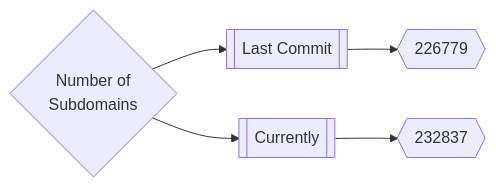
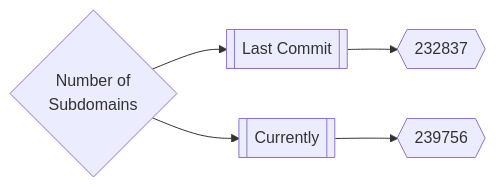
One commit to trickest/inventory changed the first of 3 diagrams in README.md. Above: the diagram before and after it, drawn with Mermaid. The commit also changed other lines of this file, not shown here.

Commit message:
Update Thu Mar 10 10:34:59 UTC 2022

````diff
--- a/README.md
+++ b/README.md
@@ -165,5 +165,5 @@
 ```mermaid
 graph LR
-title{Number of<br>Subdomains} --> subdomainsDate1[[Last Commit]] --> subdomainsNum1{{226779}}
-title --> subdomainsDate2[[Currently]] --> subdomainsNum2{{232837}}
+title{Number of<br>Subdomains} --> subdomainsDate1[[Last Commit]] --> subdomainsNum1{{232837}}
+title --> subdomainsDate2[[Currently]] --> subdomainsNum2{{239756}}
 ```
````
